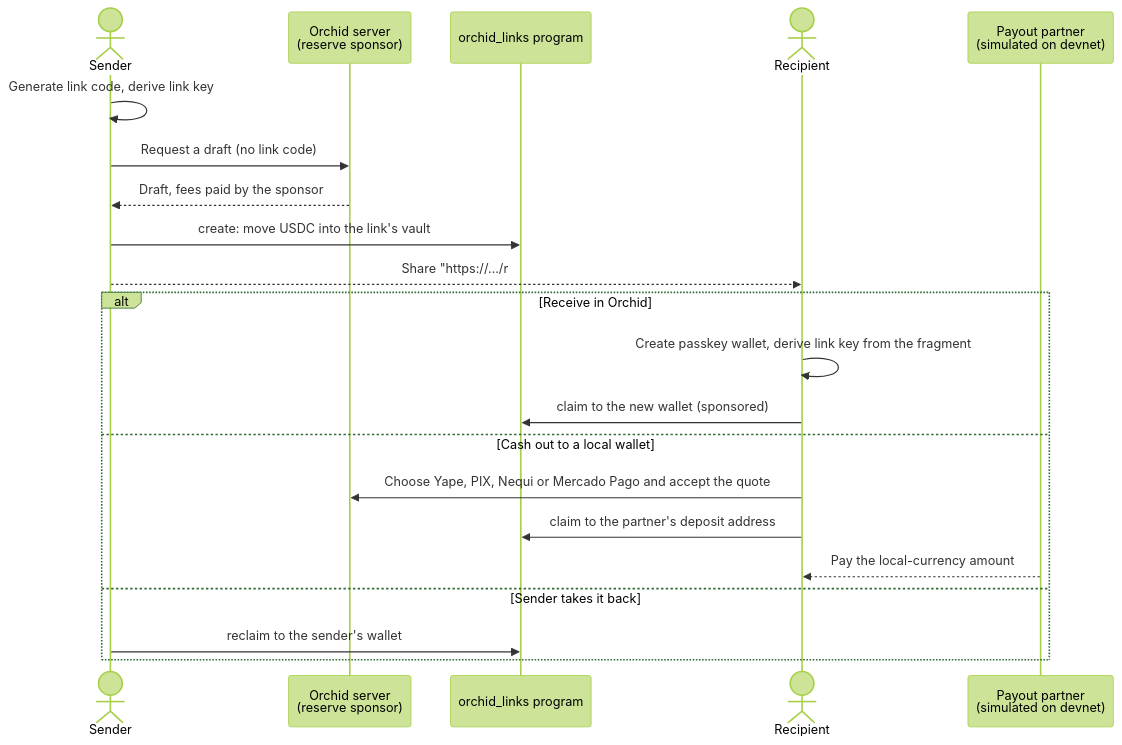
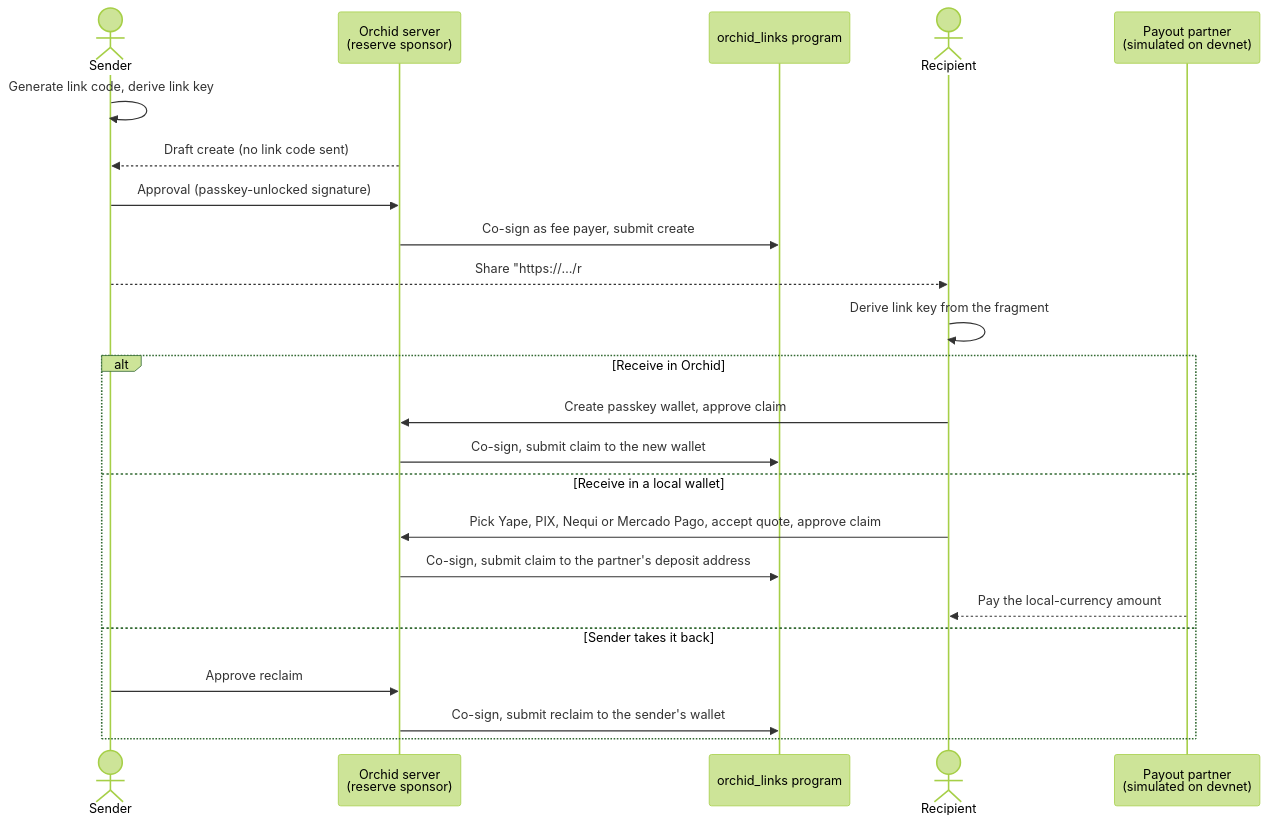
One commit to mavix21/orchid-pay changed the diagram in README.md. Above: the diagram before and after it, drawn with Mermaid (forest theme). The commit also changed other lines of this file and 1 other file, not shown here.

Commit message:
docs: use glossary terms and show sponsor-submitted transactions in the README

````diff
--- a/README.md
+++ b/README.md
@@ -63,24 +63,26 @@
 ```mermaid
 sequenceDiagram
     actor Sender
     participant Orchid as Orchid server<br/>(reserve sponsor)
     participant Program as orchid_links program
     actor Recipient
     participant Partner as Payout partner<br/>(simulated on devnet)
 
     Sender->>Sender: Generate link code, derive link key
-    Sender->>Orchid: Request a draft (no link code)
-    Orchid-->>Sender: Draft, fees paid by the sponsor
-    Sender->>Program: create: move USDC into the link's vault
+    Orchid-->>Sender: Draft create (no link code sent)
+    Sender->>Orchid: Approval (passkey-unlocked signature)
+    Orchid->>Program: Co-sign as fee payer, submit create
     Sender-->>Recipient: Share "https://…/r#link-code" in any chat
+    Recipient->>Recipient: Derive link key from the fragment
     alt Receive in Orchid
-        Recipient->>Recipient: Create passkey wallet, derive link key from the fragment
-        Recipient->>Program: claim to the new wallet (sponsored)
-    else Cash out to a local wallet
-        Recipient->>Orchid: Choose Yape, PIX, Nequi or Mercado Pago and accept the quote
-        Recipient->>Program: claim to the partner's deposit address
+        Recipient->>Orchid: Create passkey wallet, approve claim
+        Orchid->>Program: Co-sign, submit claim to the new wallet
+    else Receive in a local wallet
+        Recipient->>Orchid: Pick Yape, PIX, Nequi or Mercado Pago, accept quote, approve claim
+        Orchid->>Program: Co-sign, submit claim to the partner's deposit address
         Partner-->>Recipient: Pay the local-currency amount
     else Sender takes it back
-        Sender->>Program: reclaim to the sender's wallet
+        Sender->>Orchid: Approve reclaim
+        Orchid->>Program: Co-sign, submit reclaim to the sender's wallet
     end
 ```
````
